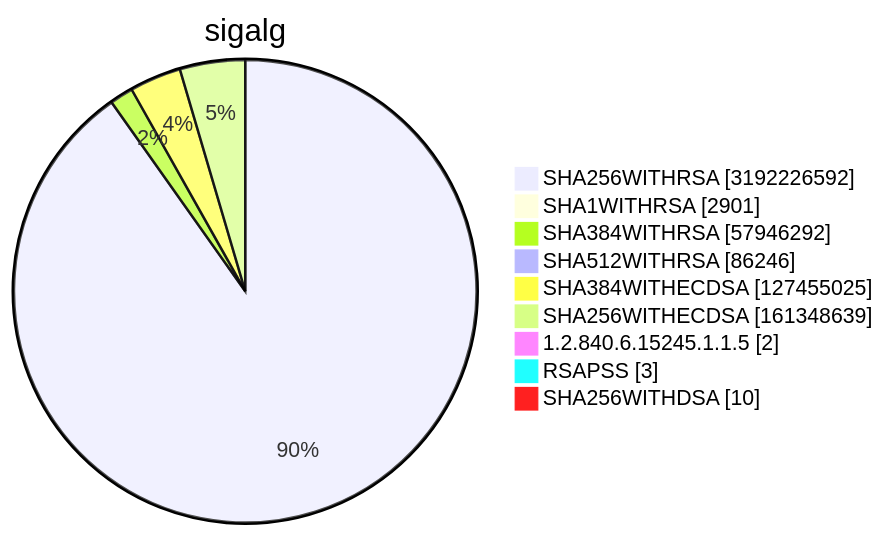
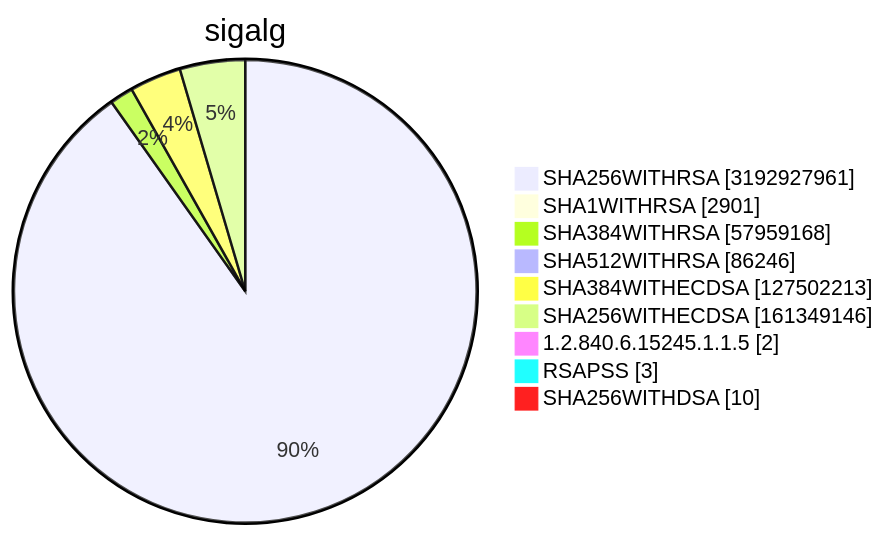
One commit to christiankrug/ctmonitor_visualization changed diagram 15 of 15 in TOTAL/README.md. Above: the diagram before and after it, drawn with Mermaid. The commit also changed other lines of this file, not shown here.

````diff
--- a/TOTAL/README.md
+++ b/TOTAL/README.md
@@ -6216,13 +6216,13 @@
 ```mermaid
 pie showData
 title sigalg
-"SHA256WITHRSA" :3192226592
+"SHA256WITHRSA" :3192927961
 "SHA1WITHRSA" :2901
-"SHA384WITHRSA" :57946292
+"SHA384WITHRSA" :57959168
 "SHA512WITHRSA" :86246
-"SHA384WITHECDSA" :127455025
-"SHA256WITHECDSA" :161348639
+"SHA384WITHECDSA" :127502213
+"SHA256WITHECDSA" :161349146
 "1.2.840.6.15245.1.1.5" :2
 "RSAPSS" :3
 "SHA256WITHDSA" :10
 ```
````
